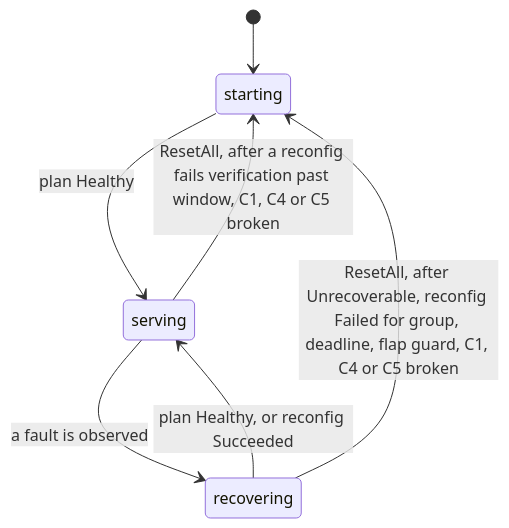
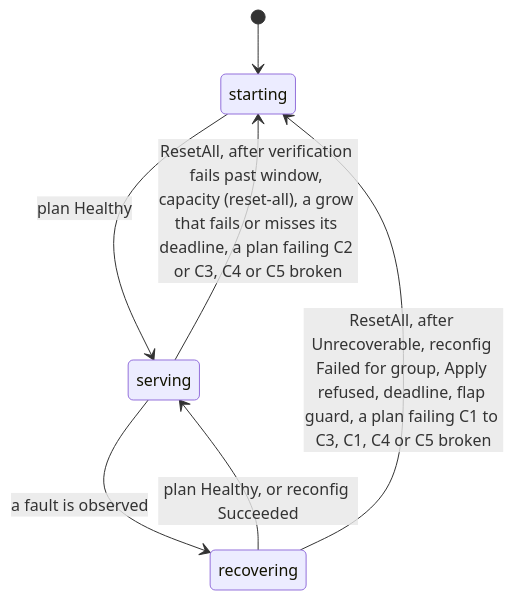
Before and after one commit to Etelis/llm-d-resiliency-operator: the first of 3 diagrams in docs/design/contracts/controller.md, drawn with Mermaid. The commit also changed other lines of this file and 3 other files, not shown here.

````diff
--- a/docs/design/contracts/controller.md
+++ b/docs/design/contracts/controller.md
@@ -163,9 +163,9 @@
 ```mermaid
 stateDiagram-v2
   [*] --> starting
   starting --> serving: plan Healthy
   serving --> recovering: a fault is observed
   recovering --> serving: plan Healthy, or reconfig Succeeded
-  serving --> starting: ResetAll, after a reconfig fails verification past window, C1, C4 or C5 broken
-  recovering --> starting: ResetAll, after Unrecoverable, reconfig Failed for group, deadline, flap guard, C1, C4 or C5 broken
+  serving --> starting: ResetAll, after verification fails past window, capacity (reset-all), a grow that fails or misses its deadline, a plan failing C2 or C3, C4 or C5 broken
+  recovering --> starting: ResetAll, after Unrecoverable, reconfig Failed for group, Apply refused, deadline, flap guard, a plan failing C1 to C3, C1, C4 or C5 broken
 ```
````
